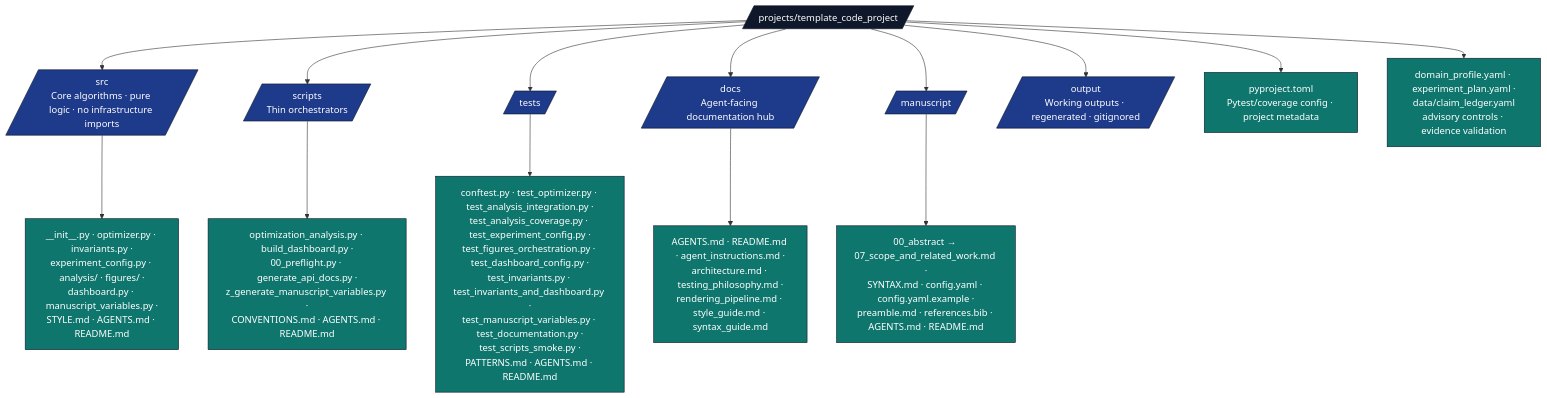
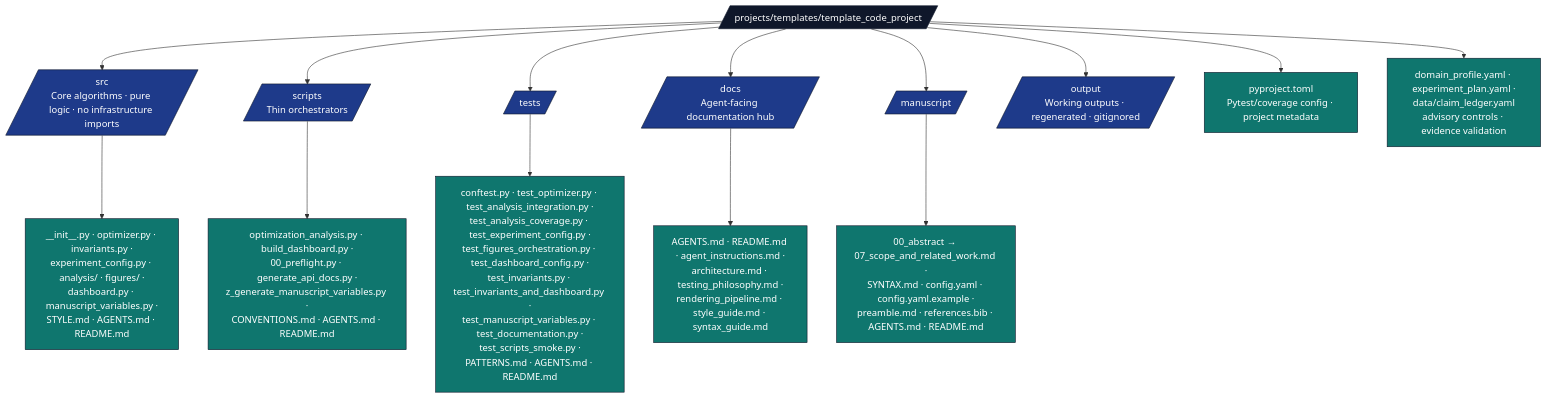
Before and after one commit to docxology/template: the diagram in projects/templates/template_code_project/AGENTS.md, drawn with Mermaid. The commit also changed other lines of this file and 481 other files, not shown here.

````diff
--- a/projects/templates/template_code_project/AGENTS.md
+++ b/projects/templates/template_code_project/AGENTS.md
@@ -58,25 +58,25 @@
 ```mermaid
 flowchart TB
-    P[/projects/template_code_project/]
+    P[/projects/templates/template_code_project/]
     P --> SRC[/src<br/>Core algorithms · pure logic · no infrastructure imports/]
     P --> SC[/scripts<br/>Thin orchestrators/]
     P --> T[/tests/]
     P --> DOCS[/docs<br/>Agent-facing documentation hub/]
     P --> M[/manuscript/]
     P --> OUT[/output<br/>Working outputs · regenerated · gitignored/]
     P --> PY[pyproject.toml<br/>Pytest/coverage config · project metadata]
     P --> DP[domain_profile.yaml · experiment_plan.yaml ·<br/>data/claim_ledger.yaml<br/>advisory controls · evidence validation]
 
     SRC --> SRC_F[__init__.py · optimizer.py · invariants.py ·<br/>experiment_config.py · analysis/ · figures/ ·<br/>dashboard.py · manuscript_variables.py ·<br/>STYLE.md · AGENTS.md · README.md]
     SC --> SC_F[optimization_analysis.py · build_dashboard.py ·<br/>00_preflight.py · generate_api_docs.py ·<br/>z_generate_manuscript_variables.py ·<br/>CONVENTIONS.md · AGENTS.md · README.md]
     T --> T_F[conftest.py · test_optimizer.py · test_analysis_integration.py ·<br/>test_analysis_coverage.py · test_experiment_config.py ·<br/>test_figures_orchestration.py · test_dashboard_config.py ·<br/>test_invariants.py · test_invariants_and_dashboard.py ·<br/>test_manuscript_variables.py · test_documentation.py ·<br/>test_scripts_smoke.py ·<br/>PATTERNS.md · AGENTS.md · README.md]
     DOCS --> DOCS_F[AGENTS.md · README.md · agent_instructions.md ·<br/>architecture.md · testing_philosophy.md ·<br/>rendering_pipeline.md · style_guide.md · syntax_guide.md]
     M --> M_F[00_abstract → 07_scope_and_related_work.md ·<br/>SYNTAX.md · config.yaml · config.yaml.example ·<br/>preamble.md · references.bib · AGENTS.md · README.md]
 
     classDef d fill:#0f172a,stroke:#0f172a,color:#fff
     classDef pkg fill:#1e3a8a,stroke:#0f172a,color:#fff
     classDef f fill:#0f766e,stroke:#0f172a,color:#fff
     class P d
     class SRC,SC,T,DOCS,M,OUT pkg
     class SRC_F,SC_F,T_F,DOCS_F,M_F,PY,DP f
 ```
````
